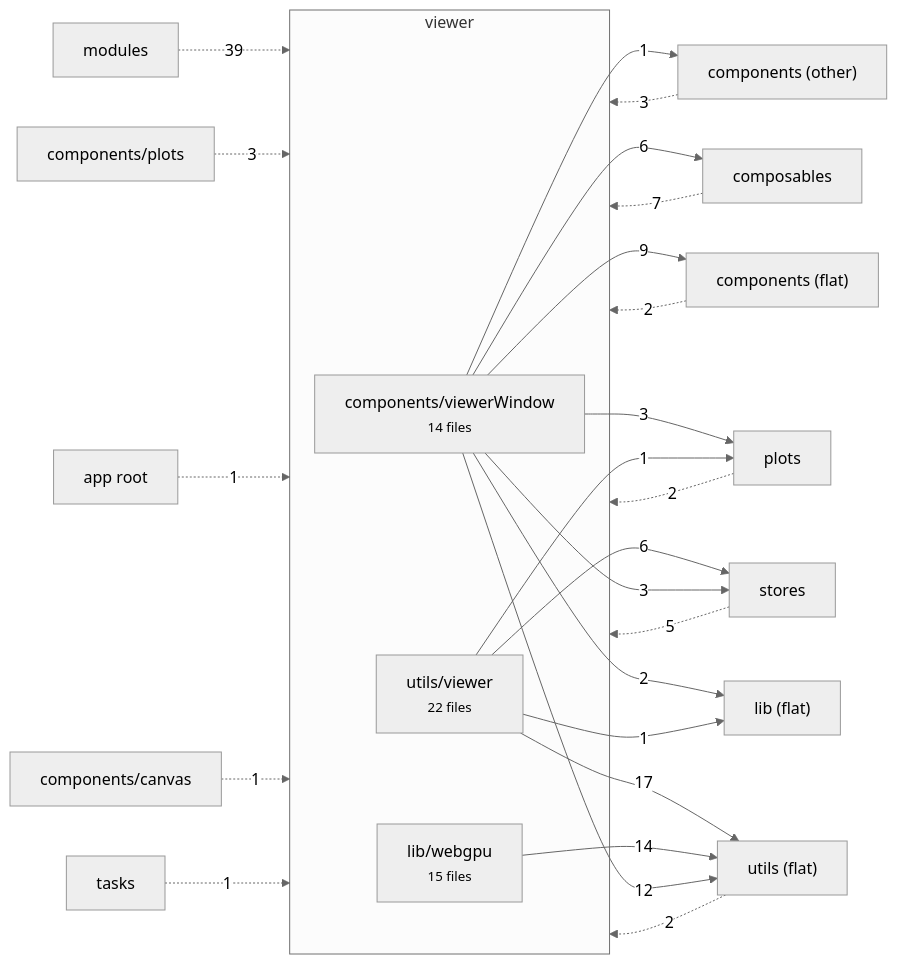
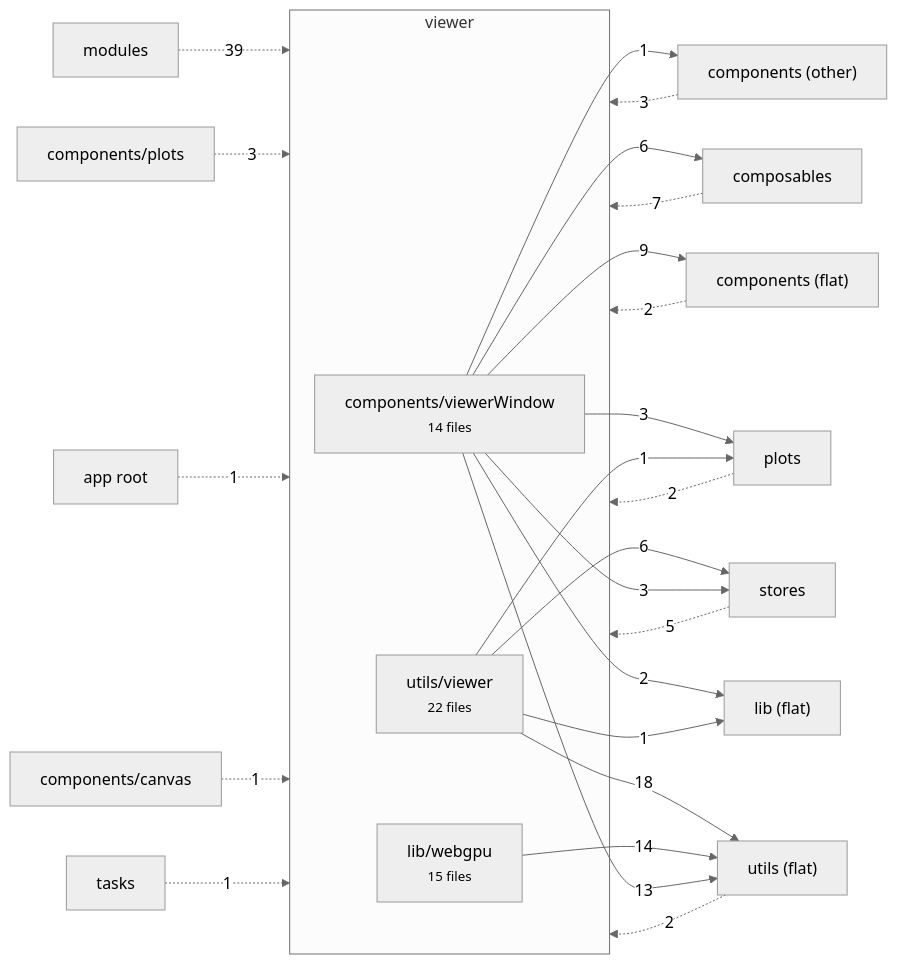
The diagram in docs/architecture/vue/viewer.md (schienstockd/cecelia), drawn with Mermaid (neutral theme) before and after one commit. The commit also changed 11 other files, not shown here.

````diff
--- a/docs/architecture/vue/viewer.md
+++ b/docs/architecture/vue/viewer.md
@@ -9,31 +9,31 @@
 ```mermaid
 flowchart LR
   subgraph V["viewer"]
     components_viewerWindow["components/viewerWindow<br/><small>14 files</small>"]
     lib_webgpu["lib/webgpu<br/><small>15 files</small>"]
     utils_viewer["utils/viewer<br/><small>22 files</small>"]
   end
-  utils_viewer -->|17| utils__flat_["utils (flat)"]
+  utils_viewer -->|18| utils__flat_["utils (flat)"]
   lib_webgpu -->|14| utils__flat_["utils (flat)"]
-  components_viewerWindow -->|12| utils__flat_["utils (flat)"]
+  components_viewerWindow -->|13| utils__flat_["utils (flat)"]
   components_viewerWindow -->|9| components__flat_["components (flat)"]
   components_viewerWindow -->|6| composables["composables"]
   utils_viewer -->|6| stores["stores"]
   components_viewerWindow -->|3| plots["plots"]
   components_viewerWindow -->|3| stores["stores"]
   components_viewerWindow -->|2| lib__flat_["lib (flat)"]
   components_viewerWindow -->|1| components__other_["components (other)"]
   utils_viewer -->|1| lib__flat_["lib (flat)"]
   utils_viewer -->|1| plots["plots"]
   modules["modules"] -.->|39| V
   composables["composables"] -.->|7| V
   stores["stores"] -.->|5| V
   components__other_["components (other)"] -.->|3| V
   components_plots["components/plots"] -.->|3| V
   components__flat_["components (flat)"] -.->|2| V
   plots["plots"] -.->|2| V
   utils__flat_["utils (flat)"] -.->|2| V
   app_root["app root"] -.->|1| V
   components_canvas["components/canvas"] -.->|1| V
   tasks["tasks"] -.->|1| V
 ```
````
